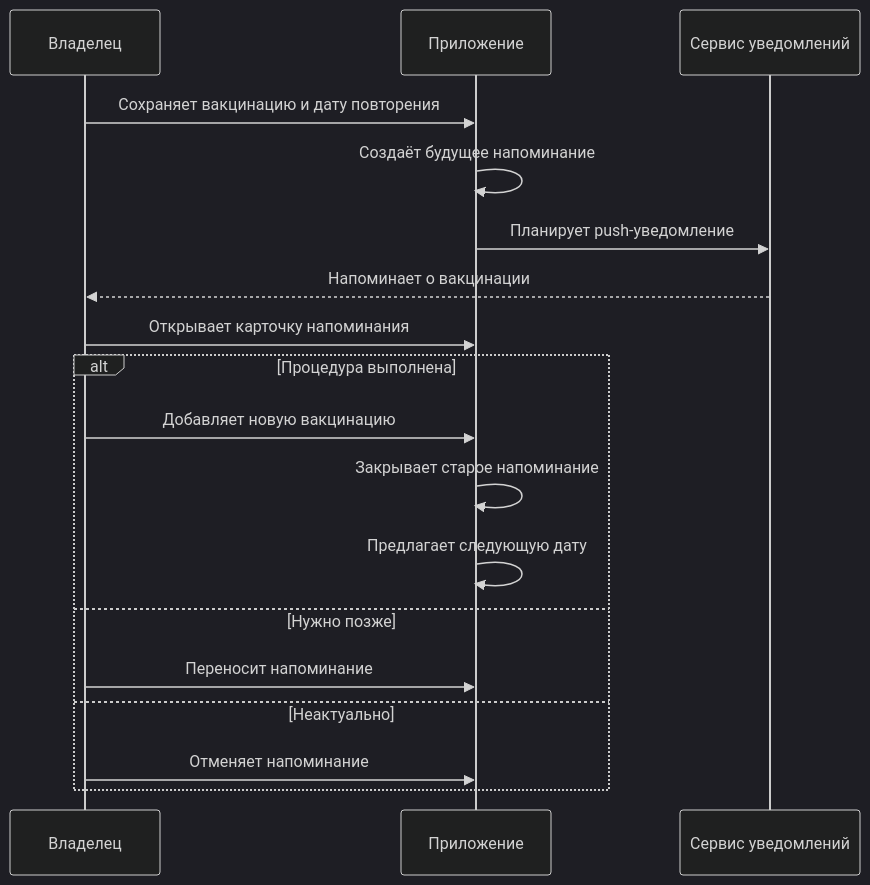
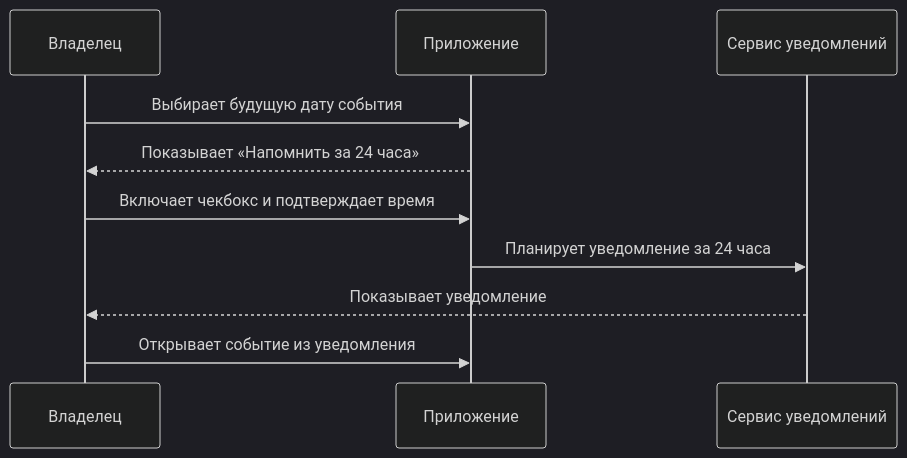
One commit to deepreshion/pet-worth changed the third of 5 diagrams in docs/02-user-flows.md. Above: the diagram before and after it, drawn with Mermaid (dark theme). The commit also changed other lines of this file and 8 other files, not shown here.

````diff
--- a/docs/02-user-flows.md
+++ b/docs/02-user-flows.md
@@ -107,21 +94,13 @@
 ```mermaid
 sequenceDiagram
     participant U as Владелец
     participant A as Приложение
     participant N as Сервис уведомлений
 
-    U->>A: Сохраняет вакцинацию и дату повторения
-    A->>A: Создаёт будущее напоминание
-    A->>N: Планирует push-уведомление
-    N-->>U: Напоминает о вакцинации
-    U->>A: Открывает карточку напоминания
-    alt Процедура выполнена
-        U->>A: Добавляет новую вакцинацию
-        A->>A: Закрывает старое напоминание
-        A->>A: Предлагает следующую дату
-    else Нужно позже
-        U->>A: Переносит напоминание
-    else Неактуально
-        U->>A: Отменяет напоминание
-    end
+    U->>A: Выбирает будущую дату события
+    A-->>U: Показывает «Напомнить за 24 часа»
+    U->>A: Включает чекбокс и подтверждает время
+    A->>N: Планирует уведомление за 24 часа
+    N-->>U: Показывает уведомление
+    U->>A: Открывает событие из уведомления
 ```
````
